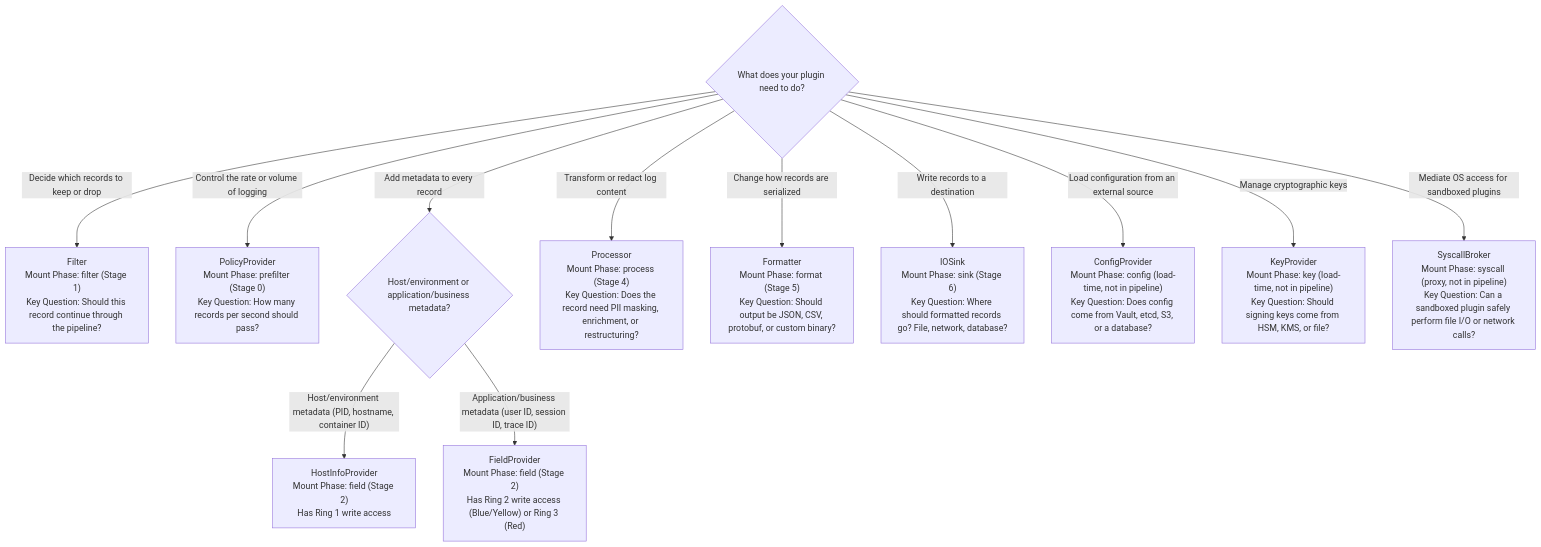
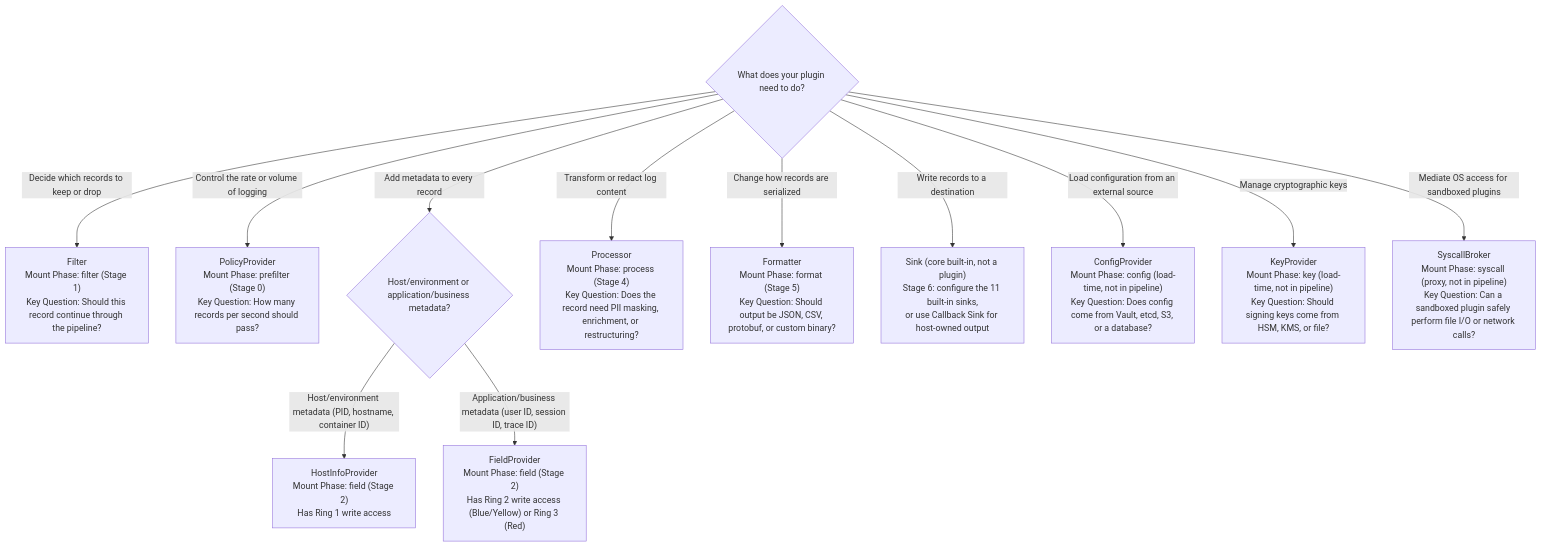
One commit to nekolio/DoLogger changed the first of 3 diagrams in Docs/en_US/guides/ExtendedPluginTypeGuide.md. Above: the diagram before and after it, drawn with Mermaid. The commit also changed other lines of this file and 20 other files, not shown here.

First line of the commit message:
docs: align with Sink reframe — 9 plugin types, 11 built-in sinks

````diff
--- a/Docs/en_US/guides/ExtendedPluginTypeGuide.md
+++ b/Docs/en_US/guides/ExtendedPluginTypeGuide.md
@@ -33,15 +33,15 @@
 ```mermaid
 flowchart TD
     Q{"What does your plugin need to do?"}
     Q -->|"Decide which records to keep or drop"| A["Filter<br/>Mount Phase: filter (Stage 1)<br/>Key Question: Should this record continue through the pipeline?"]
     Q -->|"Control the rate or volume of logging"| B["PolicyProvider<br/>Mount Phase: prefilter (Stage 0)<br/>Key Question: How many records per second should pass?"]
     Q -->|"Add metadata to every record"| M{"Host/environment or application/business metadata?"}
     M -->|"Host/environment metadata (PID, hostname, container ID)"| C["HostInfoProvider<br/>Mount Phase: field (Stage 2)<br/>Has Ring 1 write access"]
     M -->|"Application/business metadata (user ID, session ID, trace ID)"| D["FieldProvider<br/>Mount Phase: field (Stage 2)<br/>Has Ring 2 write access (Blue/Yellow) or Ring 3 (Red)"]
     Q -->|"Transform or redact log content"| E["Processor<br/>Mount Phase: process (Stage 4)<br/>Key Question: Does the record need PII masking, enrichment, or restructuring?"]
     Q -->|"Change how records are serialized"| F["Formatter<br/>Mount Phase: format (Stage 5)<br/>Key Question: Should output be JSON, CSV, protobuf, or custom binary?"]
-    Q -->|"Write records to a destination"| G["IOSink<br/>Mount Phase: sink (Stage 6)<br/>Key Question: Where should formatted records go? File, network, database?"]
+    Q -->|"Write records to a destination"| G["Sink (core built-in, not a plugin)<br/>Stage 6: configure the 11 built-in sinks,<br/>or use Callback Sink for host-owned output"]
     Q -->|"Load configuration from an external source"| H["ConfigProvider<br/>Mount Phase: config (load-time, not in pipeline)<br/>Key Question: Does config come from Vault, etcd, S3, or a database?"]
     Q -->|"Manage cryptographic keys"| I["KeyProvider<br/>Mount Phase: key (load-time, not in pipeline)<br/>Key Question: Should signing keys come from HSM, KMS, or file?"]
     Q -->|"Mediate OS access for sandboxed plugins"| J["SyscallBroker<br/>Mount Phase: syscall (proxy, not in pipeline)<br/>Key Question: Can a sandboxed plugin safely perform file I/O or network calls?"]
 ```
````
